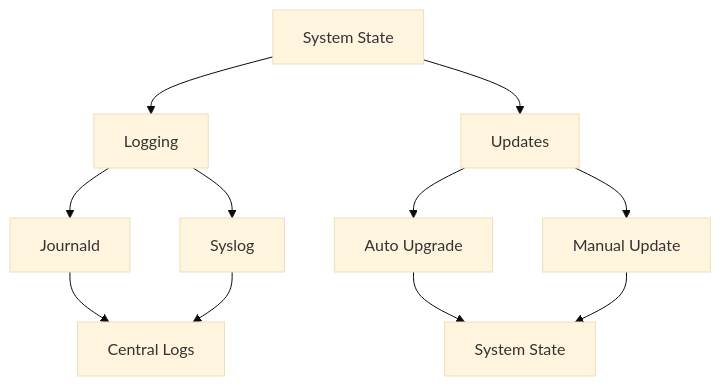
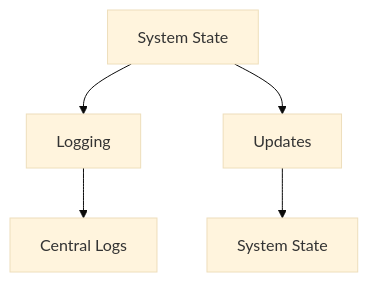
Before and after one commit to Hydepwns/nix-mox: the fourth of 6 diagrams in docs/guides/advanced-configuration.md, drawn with Mermaid (base theme). The commit also changed other lines of this file and 145 other files, not shown here.

````diff
--- a/docs/guides/advanced-configuration.md
+++ b/docs/guides/advanced-configuration.md
@@ -90,16 +61,7 @@
 ```mermaid
 flowchart TD
     A[System State] --> B[Logging]
     A --> C[Updates]
-    
-    B --> B1[Journald]
-    B --> B2[Syslog]
-    
-    C --> C1[Auto Upgrade]
-    C --> C2[Manual Update]
-    
-    B1 --> D[Central Logs]
-    B2 --> D
-    C1 --> E[System State]
-    C2 --> E
+    B --> D[Central Logs]
+    C --> E[System State]
 ```
````
